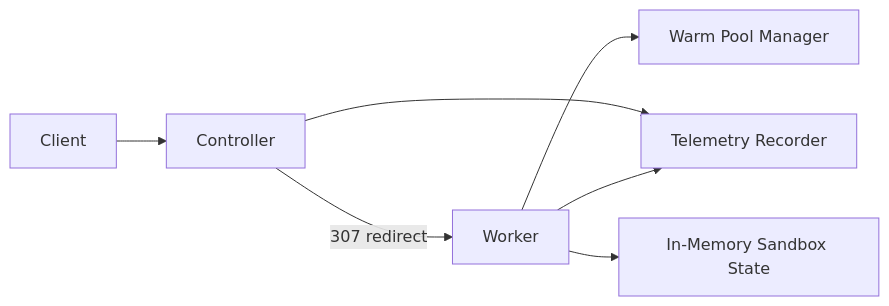
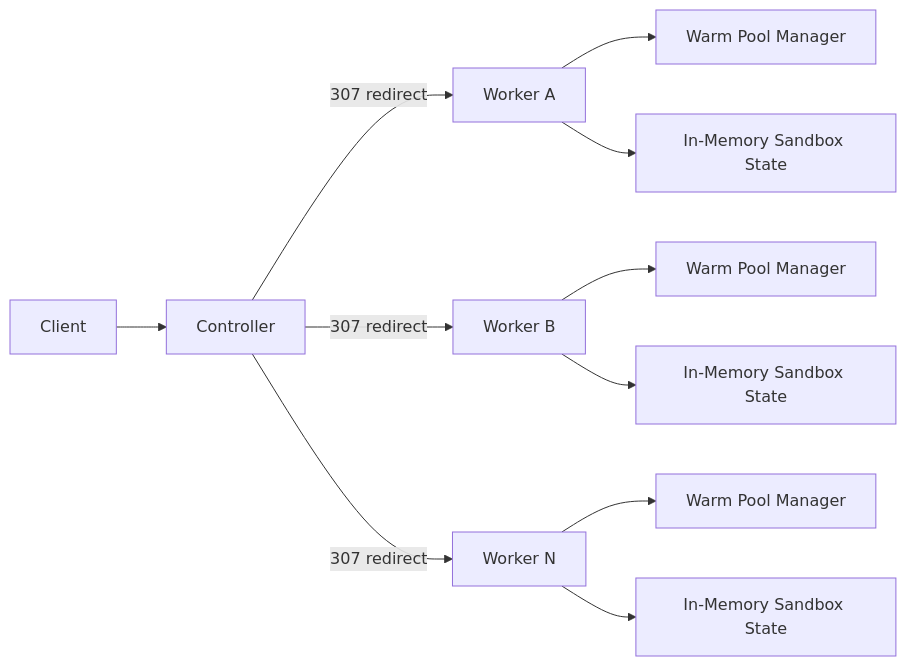
Before and after one commit to cirruslabs/traforato: the first of 3 diagrams in README.md, drawn with Mermaid.

Commit message:
Update architecture diagram

````diff
--- a/README.md
+++ b/README.md
@@ -15,9 +15,13 @@
 ```mermaid
 flowchart LR
   Client["Client"] --> Controller["Controller"]
-  Controller -->|307 redirect| Worker["Worker"]
-  Worker --> Warm["Warm Pool Manager"]
-  Controller --> Telemetry["Telemetry Recorder"]
-  Worker --> Telemetry
-  Worker --> State["In-Memory Sandbox State"]
+  Controller -->|307 redirect| WorkerA["Worker A"]
+  Controller -->|307 redirect| WorkerB["Worker B"]
+  Controller -->|307 redirect| WorkerN["Worker N"]
+  WorkerA --> WarmA["Warm Pool Manager"]
+  WorkerA --> StateA["In-Memory Sandbox State"]
+  WorkerB --> WarmB["Warm Pool Manager"]
+  WorkerB --> StateB["In-Memory Sandbox State"]
+  WorkerN --> WarmN["Warm Pool Manager"]
+  WorkerN --> StateN["In-Memory Sandbox State"]
 ```
````
